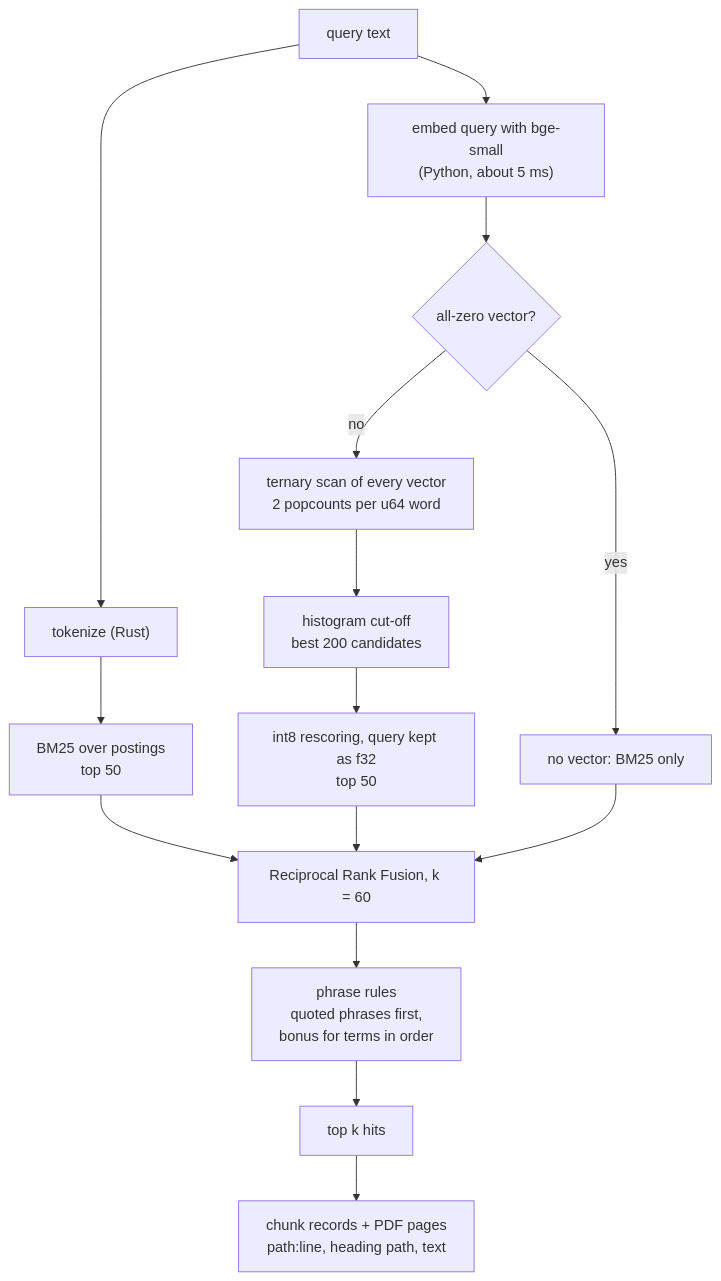
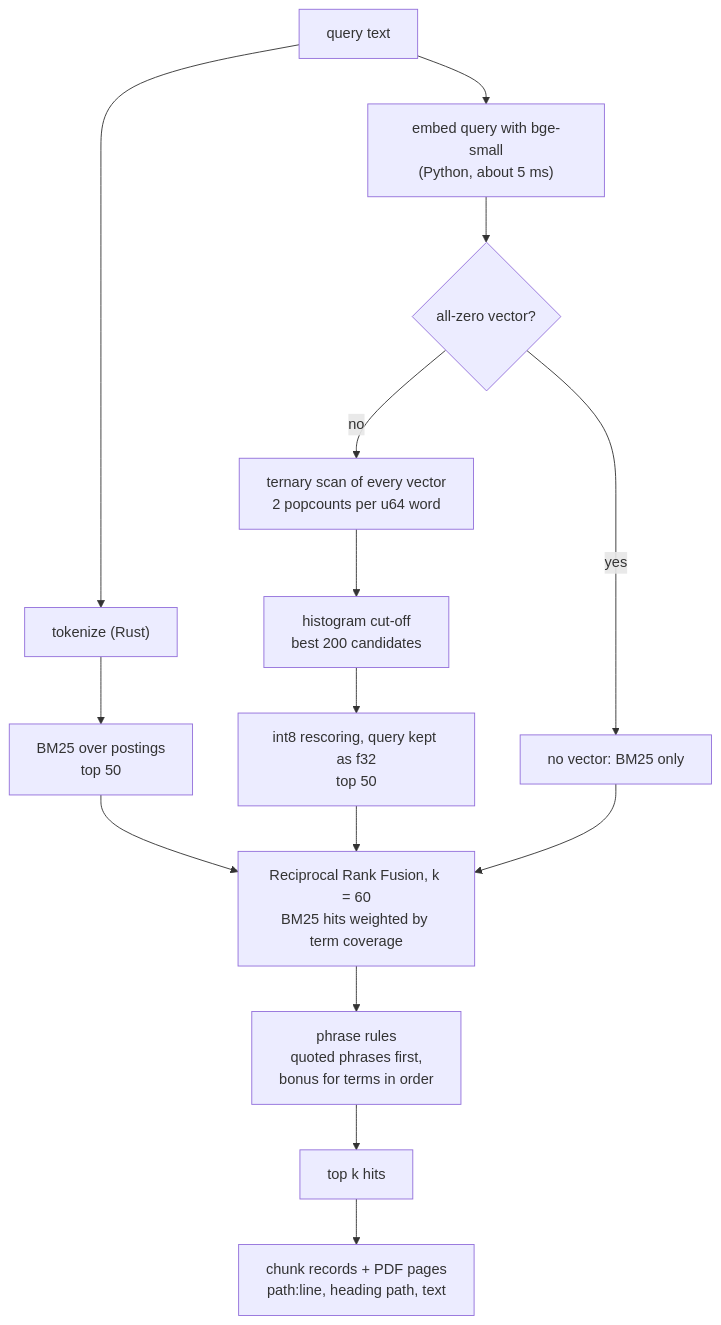
The third of 3 diagrams in docs/how-it-works.md (searope/notelight), drawn with Mermaid before and after one commit. The commit also changed other lines of this file and 22 other files, not shown here.

````diff
--- a/docs/how-it-works.md
+++ b/docs/how-it-works.md
@@ -208,17 +208,17 @@
 ```mermaid
 flowchart TB
     Q["query text"] --> E["embed query with bge-small<br/>(Python, about 5 ms)"]
     Q --> T["tokenize (Rust)"]
     E --> Z{"all-zero vector?"}
     Z -- "yes" --> NV["no vector: BM25 only"]
     Z -- "no" --> TS["ternary scan of every vector<br/>2 popcounts per u64 word"]
     TS --> H["histogram cut-off<br/>best 200 candidates"]
     H --> I8["int8 rescoring, query kept as f32<br/>top 50"]
     T --> B["BM25 over postings<br/>top 50"]
-    B --> F["Reciprocal Rank Fusion, k = 60"]
+    B --> F["Reciprocal Rank Fusion, k = 60<br/>BM25 hits weighted by term coverage"]
     I8 --> F
     NV --> F
     F --> P["phrase rules<br/>quoted phrases first,<br/>bonus for terms in order"]
     P --> K["top k hits"]
     K --> R["chunk records + PDF pages<br/>path:line, heading path, text"]
 ```
````
